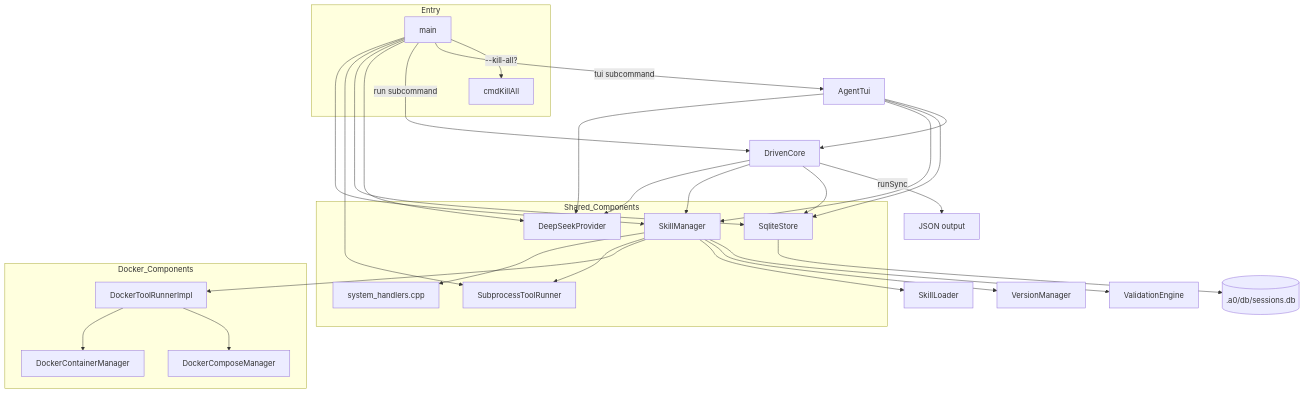
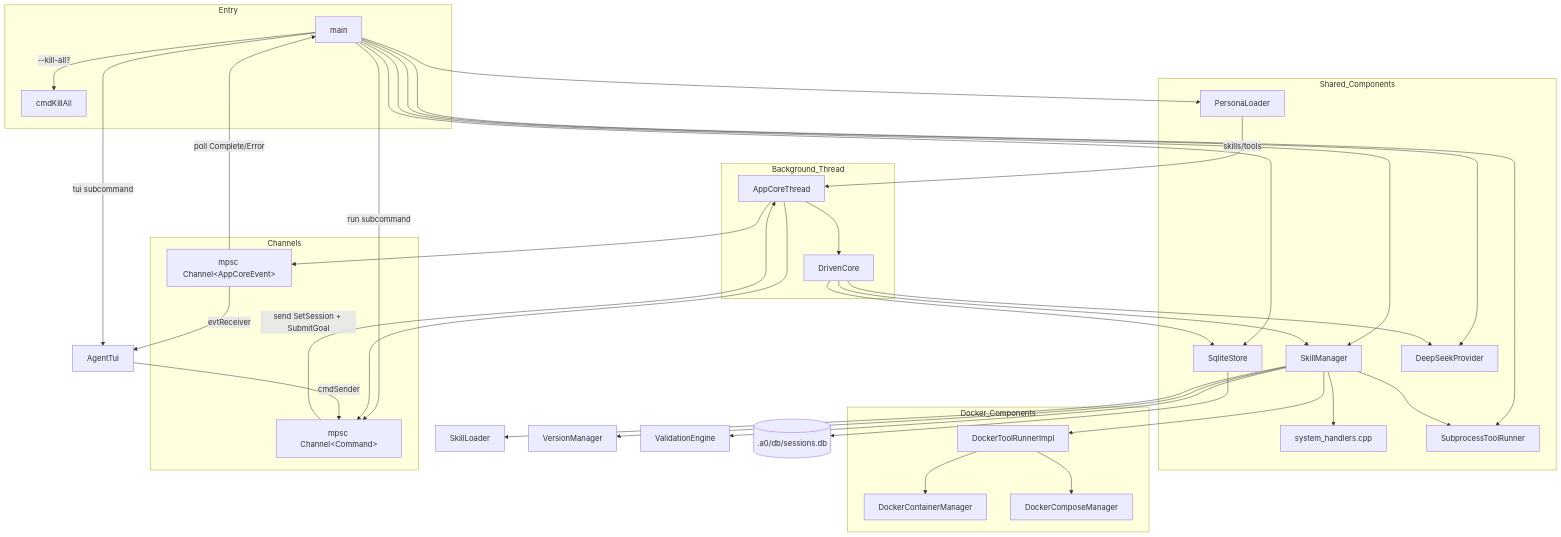
Before and after one commit to opensassi/a0: the diagram in src/main.spec.md, drawn with Mermaid. The commit also changed other lines of this file and 26 other files, not shown here.

First line of the commit message:
Fix persona tool filtering: default to software-engineer, remove all-tools fallback, sync specs

````diff
--- a/src/main.spec.md
+++ b/src/main.spec.md
@@ -73,50 +49,65 @@
 ```mermaid
 graph TB
     subgraph Entry
         M[main]
         KA[cmdKillAll]
     end
 
     subgraph Shared_Components
         SM[SkillManager]
         HANDLERS[system_handlers.cpp]
         TR[SubprocessToolRunner]
         PS[SqliteStore]
         LM[DeepSeekProvider]
+        PL[PersonaLoader]
     end
 
     subgraph Docker_Components
         DCM[DockerContainerManager]
         DCoM[DockerComposeManager]
         DTR[DockerToolRunnerImpl]
     end
 
+    subgraph Background_Thread
+        ACT[AppCoreThread]
+        DC[DrivenCore]
+    end
+
+    subgraph Channels
+        CMD_CH[mpsc Channel&lt;Command&gt;]
+        EVT_CH[mpsc Channel&lt;AppCoreEvent&gt;]
+    end
+
+    M --> PL
     M --> SM
     M --> TR
     M --> PS
     M --> LM
-    M -->|run subcommand| DC[DrivenCore]
+    M -->|run subcommand| CMD_CH
     M -->|tui subcommand| TUI[AgentTui]
     M -->|--kill-all?| KA
 
-    DC --> LM
-    DC --> SM
-    DC --> PS
-    DC -->|runSync| RESULT[JSON output]
-
-    TUI --> LM
-    TUI --> SM
-    TUI --> PS
-    TUI --> DC
-
+    PL -->|skills/tools| ACT
     SM --> HANDLERS
     SM --> TR
     SM --> DTR
     SM --> SL[SkillLoader]
     SM --> VM[VersionManager]
     SM --> VE[ValidationEngine]
 
+    ACT --> DC
+    ACT --> CMD_CH
+    ACT --> EVT_CH
+    DC --> LM
+    DC --> SM
+    DC --> PS
+
+    CMD_CH -->|send SetSession + SubmitGoal| ACT
+    EVT_CH -->|poll Complete/Error| M
+    TUI -->|cmdSender| CMD_CH
+    EVT_CH -->|evtReceiver| TUI
+
     PS --> DB[(.a0/db/sessions.db)]
     DTR --> DCM
     DTR --> DCoM
 ```
````
